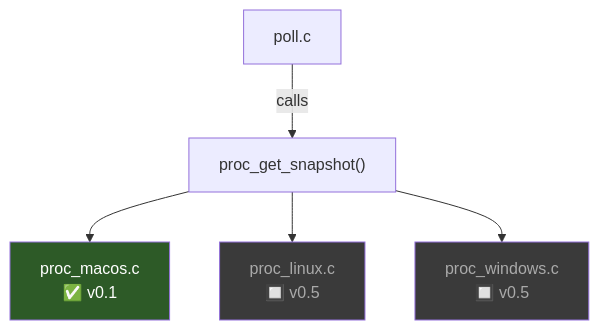
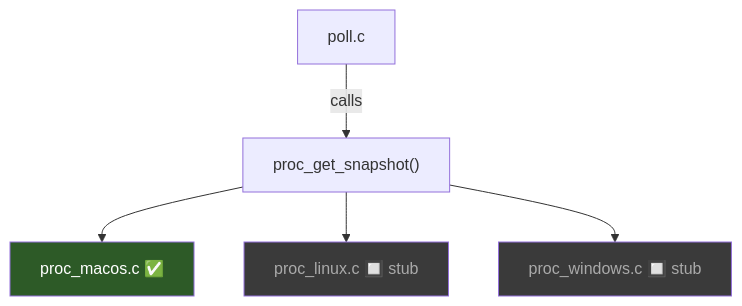
One commit to fcarvajalbrown/PulsOS changed the first of 10 diagrams in docs/ARCHITECTURE.md. Above: the diagram before and after it, drawn with Mermaid. The commit also changed other lines of this file, not shown here.

````diff
--- a/docs/ARCHITECTURE.md
+++ b/docs/ARCHITECTURE.md
@@ -79,11 +123,11 @@
 ```mermaid
 graph TD
-    poll["poll.c"] -->|calls| contract["proc_get_snapshot()"]
-    contract --> mac["proc_macos.c\n✅ v0.1"]
-    contract --> linux["proc_linux.c\n🔲 v0.5"]
-    contract --> win["proc_windows.c\n🔲 v0.5"]
+    poll["poll.c"] -->|calls| sig["proc_get_snapshot()"]
+    sig --> mac["proc_macos.c ✅"]
+    sig --> lin["proc_linux.c 🔲 stub"]
+    sig --> win["proc_windows.c 🔲 stub"]
 
     style mac fill:#2d5a27,color:#fff
-    style linux fill:#3a3a3a,color:#aaa
+    style lin fill:#3a3a3a,color:#aaa
     style win fill:#3a3a3a,color:#aaa
 ```
````
